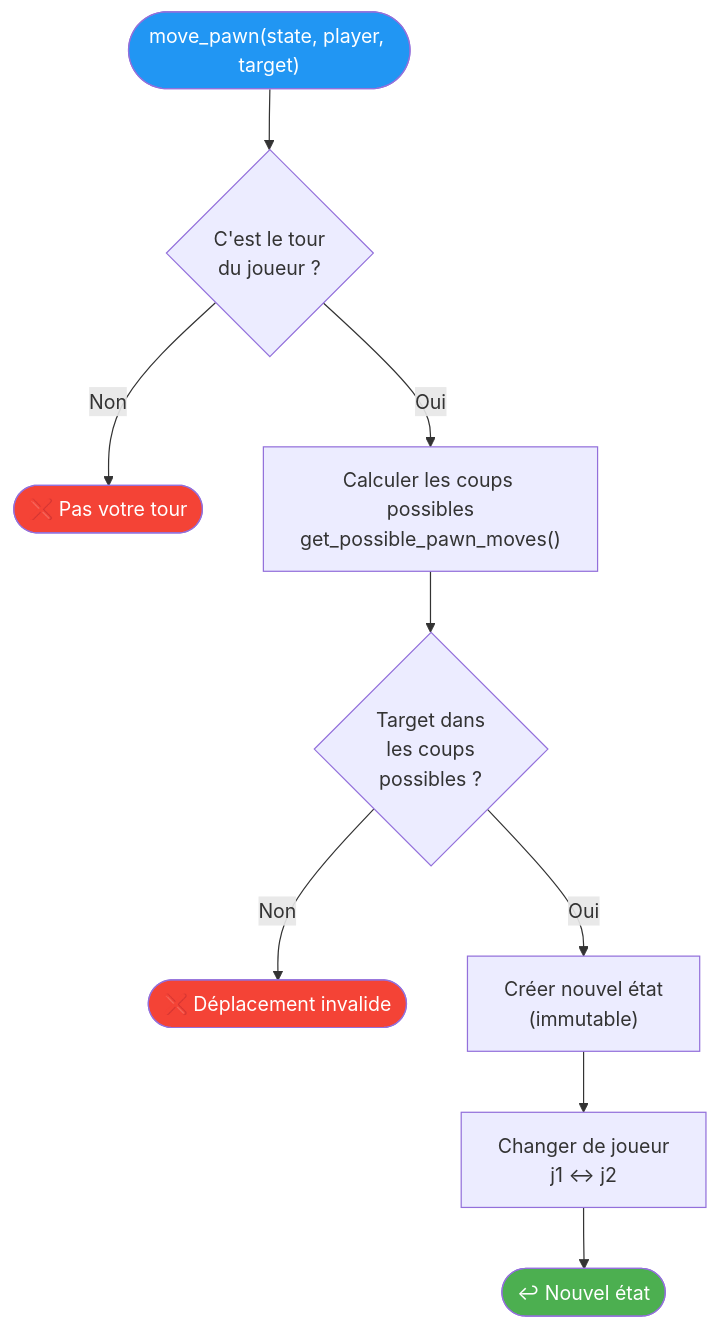
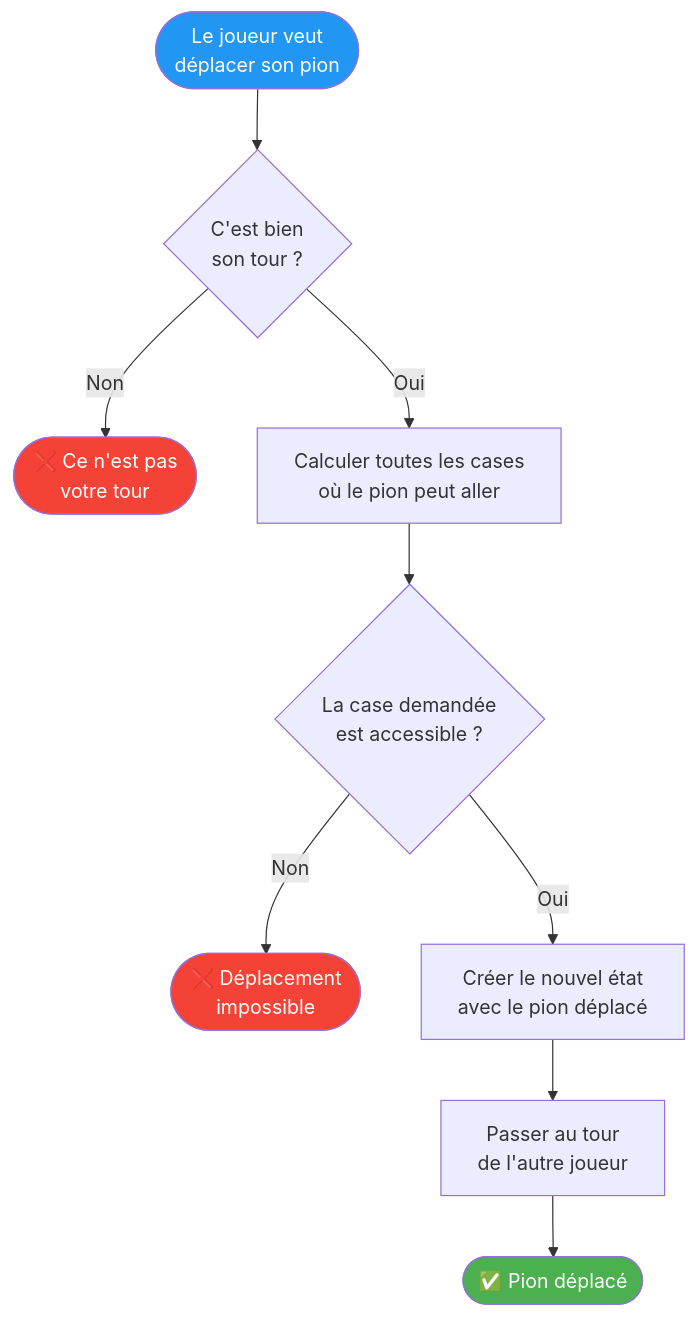
The second of 5 diagrams in flowcharts/03_logique_jeu.md (Silou1/Projet_mecatronique_I3), drawn with Mermaid before and after one commit. The commit also changed other lines of this file and 3 other files, not shown here.

Commit message:
docs: simplify flowcharts with plain-language descriptions

````diff
--- a/flowcharts/03_logique_jeu.md
+++ b/flowcharts/03_logique_jeu.md
@@ -36,17 +36,17 @@
 ```mermaid
 flowchart TD
-    MOVE_START(["move_pawn(state, player, target)"]) --> TURN{"C'est le tour<br/>du joueur ?"}
-    TURN -->|Non| ERR1(["❌ Pas votre tour"])
-    TURN -->|Oui| POSSIBLE["Calculer les coups possibles<br/>get_possible_pawn_moves()"]
+    MOVE_START(["Le joueur veut<br/>déplacer son pion"]) --> TURN{"C'est bien<br/>son tour ?"}
+    TURN -->|Non| ERR1(["❌ Ce n'est pas<br/>votre tour"])
+    TURN -->|Oui| POSSIBLE["Calculer toutes les cases<br/>où le pion peut aller"]
 
-    POSSIBLE --> CHECK{"Target dans<br/>les coups<br/>possibles ?"}
-    CHECK -->|Non| ERR2(["❌ Déplacement invalide"])
-    CHECK -->|Oui| CREATE["Créer nouvel état<br/>(immutable)"]
-    CREATE --> SWITCH["Changer de joueur<br/>j1 ↔ j2"]
-    SWITCH --> RETURN(["↩ Nouvel état"])
+    POSSIBLE --> CHECK{"La case demandée<br/>est accessible ?"}
+    CHECK -->|Non| ERR2(["❌ Déplacement<br/>impossible"])
+    CHECK -->|Oui| CREATE["Créer le nouvel état<br/>avec le pion déplacé"]
+    CREATE --> SWITCH["Passer au tour<br/>de l'autre joueur"]
+    SWITCH --> RETURN(["✅ Pion déplacé"])
 
     style MOVE_START fill:#2196F3,color:#fff
     style RETURN fill:#4CAF50,color:#fff
     style ERR1 fill:#f44336,color:#fff
     style ERR2 fill:#f44336,color:#fff
 ```
````
